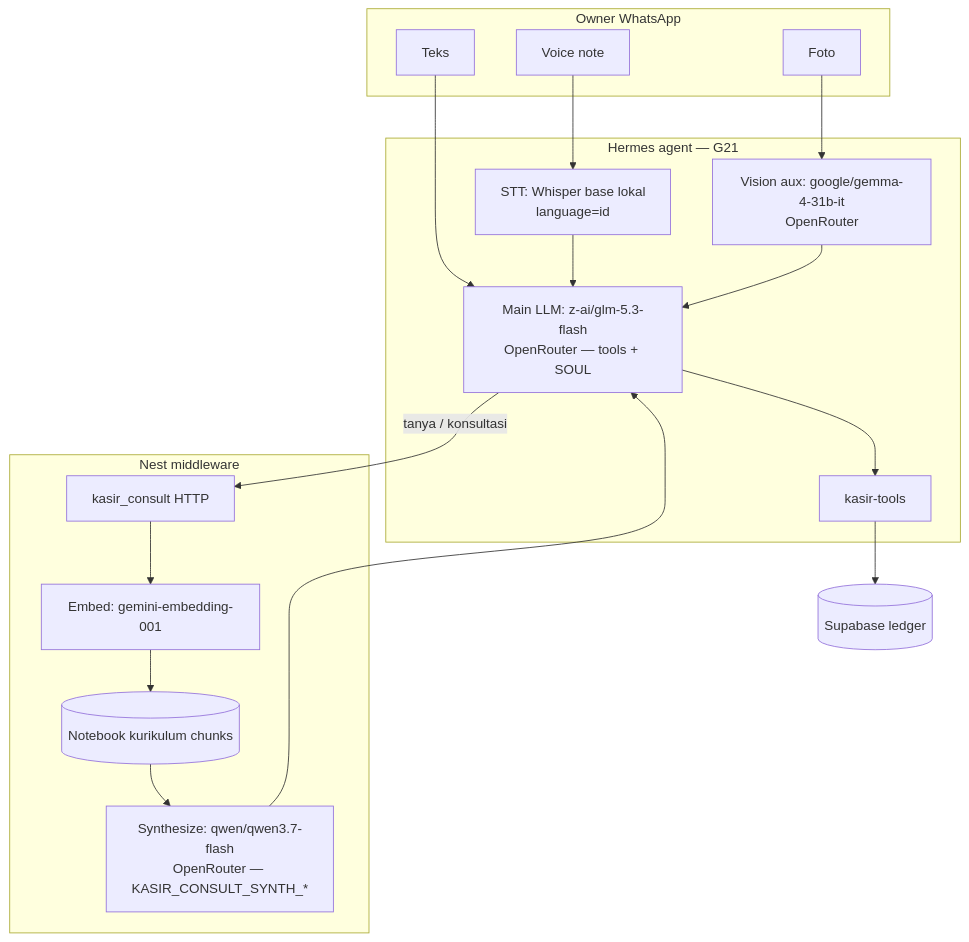
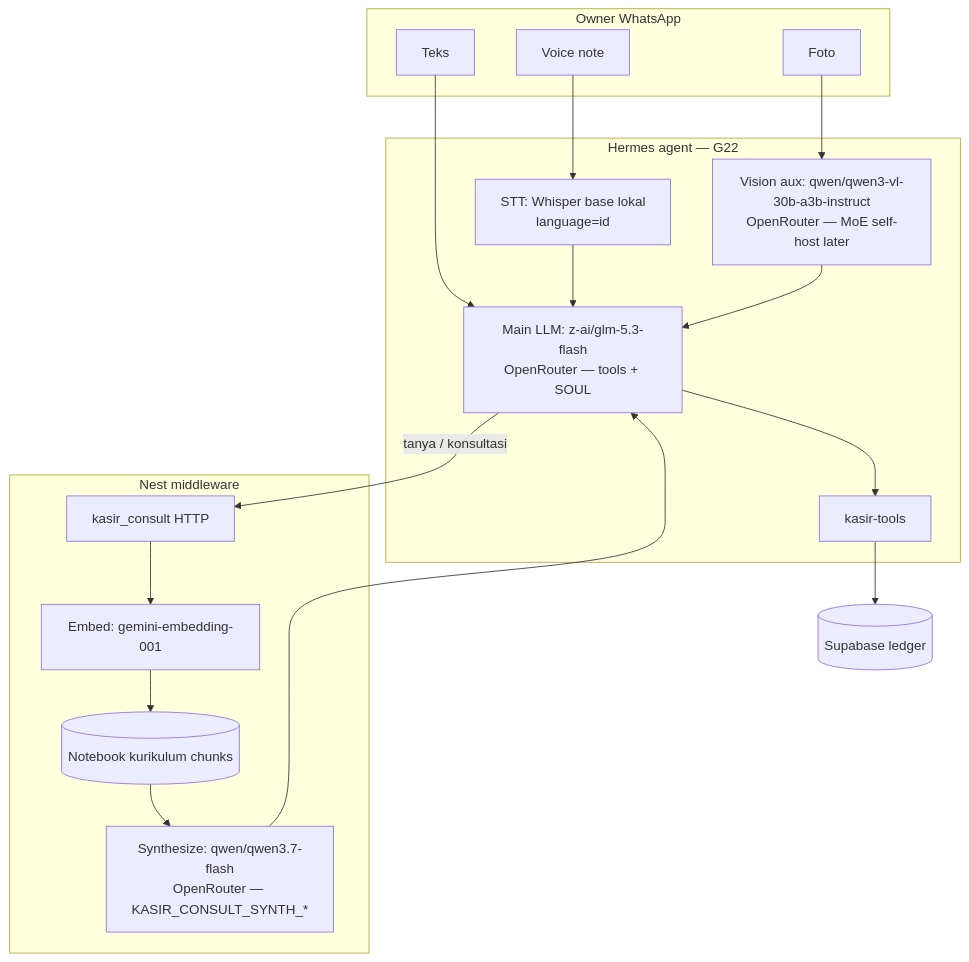
Before and after one commit to nusantarasoft/juragan-aibuilder-cup: the diagram in diagrams/aistudio/umkm-wa/system/L10-model-stack.mmd, drawn with Mermaid. The commit also changed 11 other files, not shown here.

First line of the commit message:
feat(kasir): lock Hermes vision to Qwen3-VL 30B A3B

```diff
--- a/diagrams/aistudio/umkm-wa/system/L10-model-stack.mmd
+++ b/diagrams/aistudio/umkm-wa/system/L10-model-stack.mmd
@@ -1,32 +1,32 @@
 %% System L10: model stack — which LLM/STT does which job (eng/ops)
 %% Sales-facing flows stay on L0*; this chart is cost/lock reference
 flowchart TB
   subgraph WA[Owner WhatsApp]
     T[Teks]
     V[Voice note]
     P[Foto]
   end
 
-  subgraph Hermes[Hermes agent — G21]
+  subgraph Hermes[Hermes agent — G22]
     STT[STT: Whisper base lokal<br/>language=id]
-    VIS[Vision aux: google/gemma-4-31b-it<br/>OpenRouter]
+    VIS[Vision aux: qwen/qwen3-vl-30b-a3b-instruct<br/>OpenRouter — MoE self-host later]
     MAIN[Main LLM: z-ai/glm-5.3-flash<br/>OpenRouter — tools + SOUL]
     TOOLS[kasir-tools]
   end
 
   subgraph Nest[Nest middleware]
     CONS[kasir_consult HTTP]
     EMB[Embed: gemini-embedding-001]
     SYN[Synthesize: qwen/qwen3.7-flash<br/>OpenRouter — KASIR_CONSULT_SYNTH_*]
     NB[(Notebook kurikulum chunks)]
   end
 
   T --> MAIN
   V --> STT --> MAIN
   P --> VIS --> MAIN
   MAIN --> TOOLS
   MAIN -->|tanya / konsultasi| CONS
   CONS --> EMB --> NB
   NB --> SYN
   SYN --> MAIN
   TOOLS --> DB[(Supabase ledger)]
```
